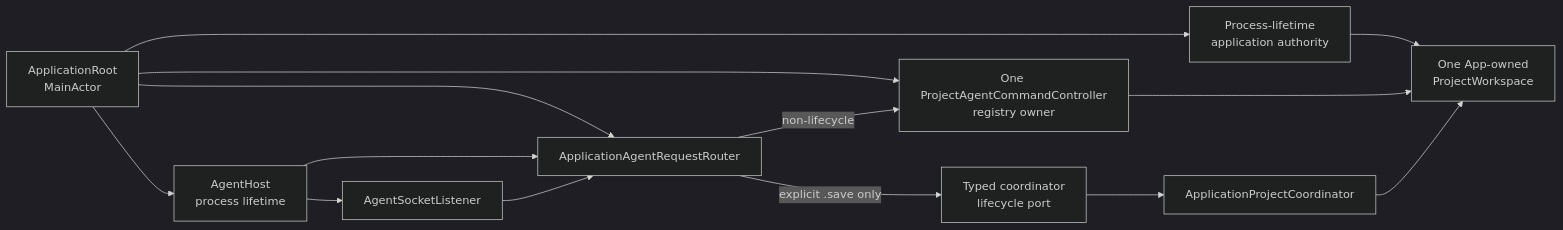
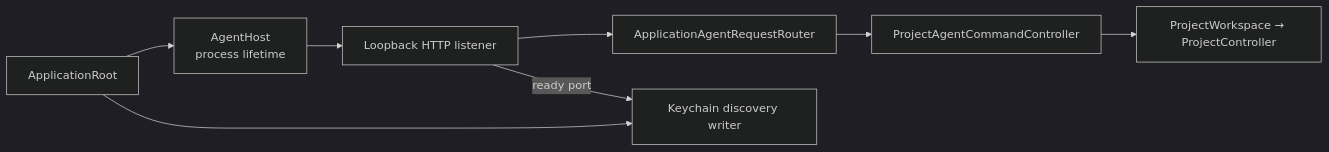
One commit to 1amageek/Rupa changed the first of 2 diagrams in RupaKit/Sources/RupaAgentUI/DESIGN.md. Above: the diagram before and after it, drawn with Mermaid (dark theme). The commit also changed other lines of this file and 133 other files, not shown here.

````diff
--- a/RupaKit/Sources/RupaAgentUI/DESIGN.md
+++ b/RupaKit/Sources/RupaAgentUI/DESIGN.md
@@ -55,16 +30,10 @@
 ```mermaid
 flowchart LR
-    App["ApplicationRoot\nMainActor"] --> Lease["Process-lifetime\napplication authority"]
-    Lease --> Workspace["One App-owned\nProjectWorkspace"]
-    App --> Controller["One ProjectAgentCommandController\nregistry owner"]
-    Controller --> Workspace
-    App --> Router["ApplicationAgentRequestRouter"]
-    Router -->|non-lifecycle| Controller
-    Router -->|explicit .save only| SavePort["Typed coordinator\nlifecycle port"]
-    SavePort --> Coordinator["ApplicationProjectCoordinator"]
-    Coordinator --> Workspace
-    App --> Host["AgentHost\nprocess lifetime"]
-    Host --> Router
-    Host --> Listener["AgentSocketListener"]
-    Listener --> Router
+    App["ApplicationRoot"] --> Host["AgentHost\nprocess lifetime"]
+    Host --> Listener["Loopback HTTP listener"]
+    Listener --> Router["ApplicationAgentRequestRouter"]
+    Router --> Runtime["ProjectAgentCommandController"]
+    Runtime --> Workspace["ProjectWorkspace → ProjectController"]
+    App --> Writer["Keychain discovery writer"]
+    Listener -->|ready port| Writer
 ```
````
